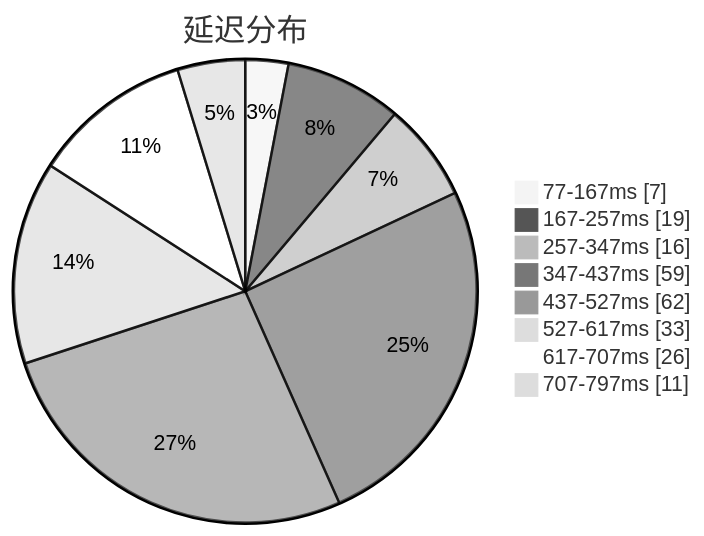
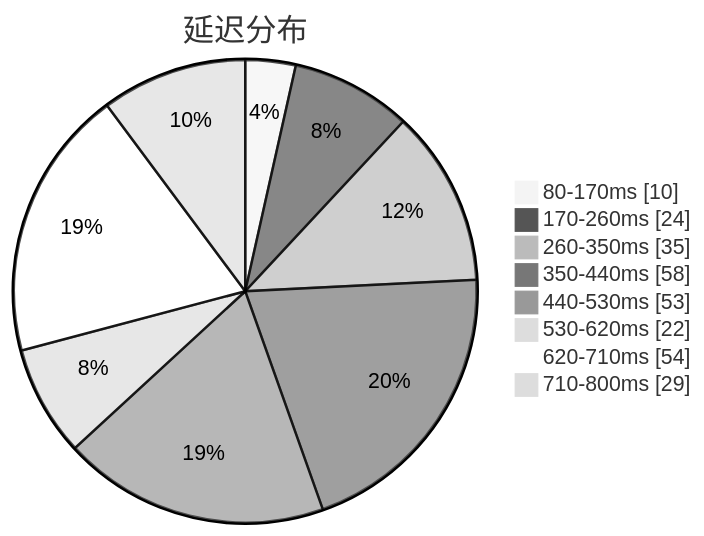
Before and after one commit to sinspired/airport: the first of 3 diagrams in subs/statistics/tested_within.md, drawn with Mermaid (neutral theme). The commit also changed other lines of this file and 2 other files, not shown here.

````diff
--- a/subs/statistics/tested_within.md
+++ b/subs/statistics/tested_within.md
@@ -2,12 +2,12 @@
 ```mermaid
 pie showData
 title 延迟分布
-"77-167ms" : 7
-"167-257ms" : 19
-"257-347ms" : 16
-"347-437ms" : 59
-"437-527ms" : 62
-"527-617ms" : 33
-"617-707ms" : 26
-"707-797ms" : 11
+"80-170ms" : 10
+"170-260ms" : 24
+"260-350ms" : 35
+"350-440ms" : 58
+"440-530ms" : 53
+"530-620ms" : 22
+"620-710ms" : 54
+"710-800ms" : 29
 ```
````
